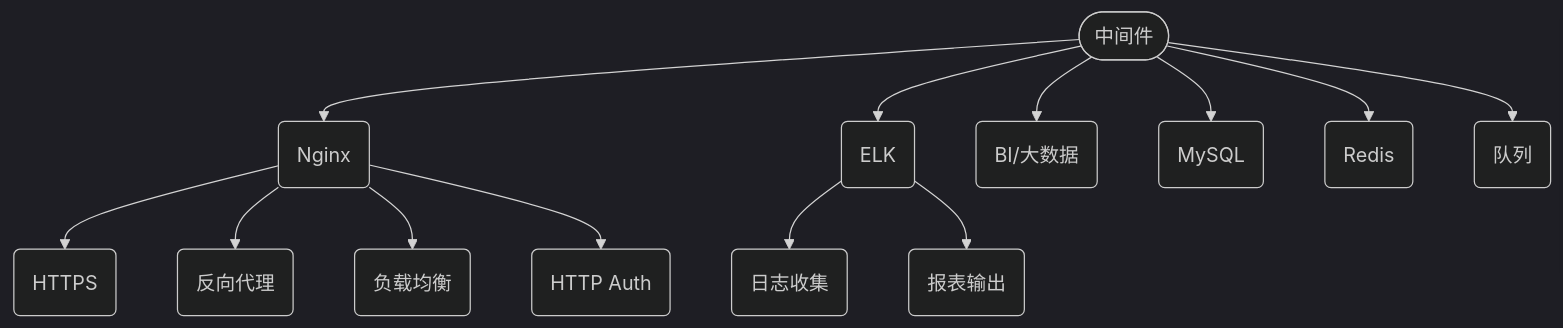
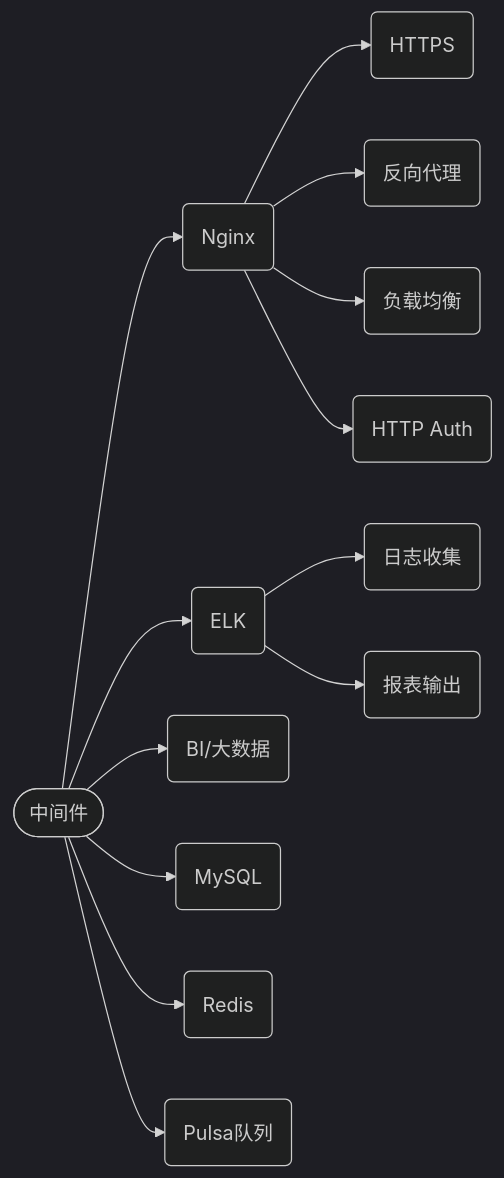
Before and after one commit to dengqinghua/dengqinghua.github.io: the sixth of 9 diagrams in _posts/2021-07-26-3-month-sharing.md, drawn with Mermaid (dark theme). The commit also changed other lines of this file and 4 other files, not shown here.

```diff
--- a/_posts/2021-07-26-3-month-sharing.md
+++ b/_posts/2021-07-26-3-month-sharing.md
@@ -215,19 +216,19 @@
 <div class="mermaid" markdown="0">
-graph TB;
+graph LR;
     sys([中间件]);
     sys0(Nginx);
     sys00(HTTPS);
     sys01(反向代理);
     sys02(负载均衡);
     sys03(HTTP Auth);
     sys1(ELK);
     sys11(日志收集);
     sys12(报表输出);
     sys2(BI/大数据);
     sys3(MySQL);
     sys4(Redis);
-    sys5(队列);
+    sys5(Pulsa队列);
     sys-->sys0 & sys1 & sys2 & sys3 & sys4 & sys5;
     sys0-->sys00 & sys01 & sys02 & sys03;
     sys1-->sys11 & sys12;
 </div>
```
